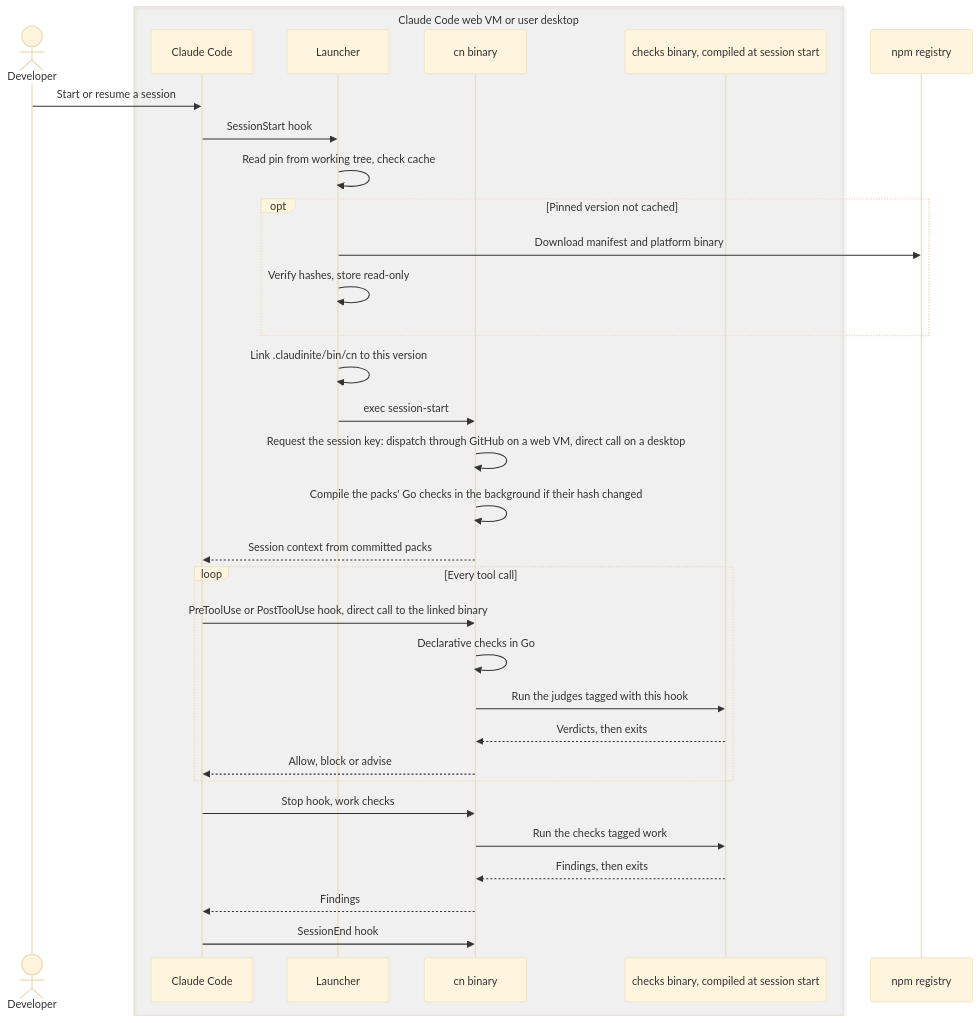
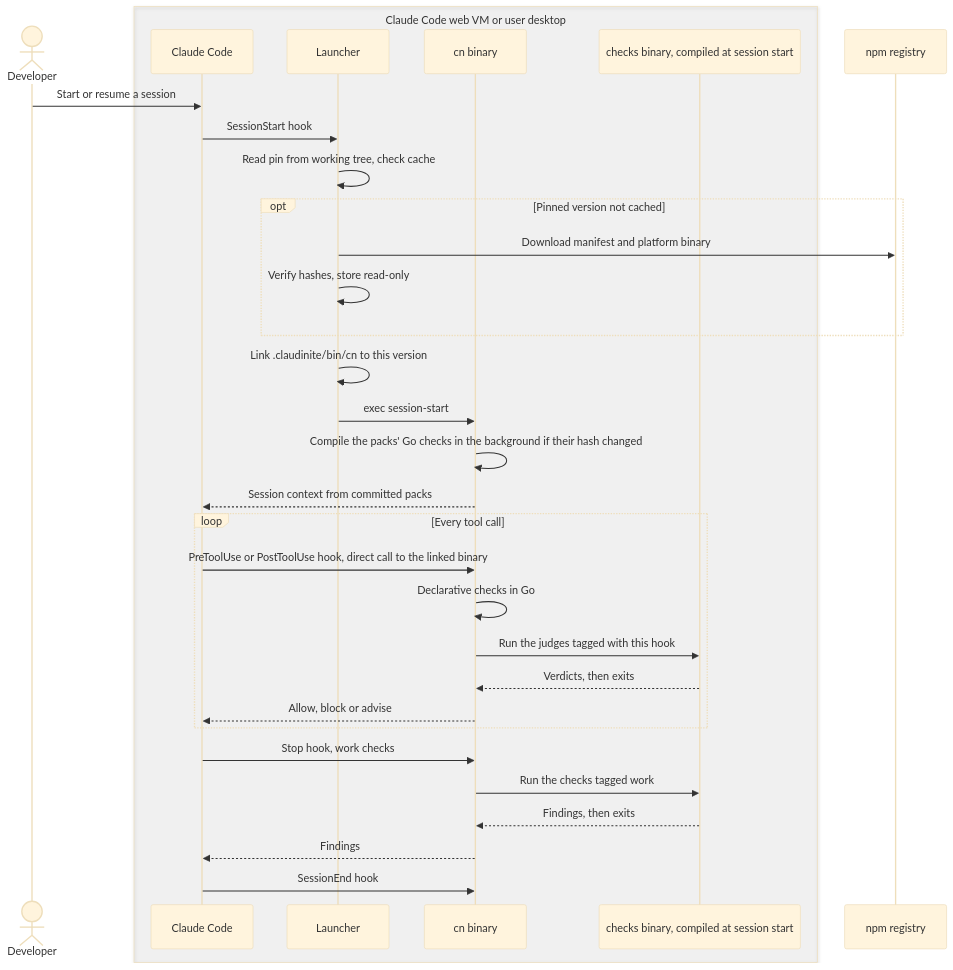
The third of 8 diagrams in docs/design.md (missingbulb/ClaudiniteEngine), drawn with Mermaid (base theme) before and after one commit. The commit also changed other lines of this file and 145 other files, not shown here.

````diff
--- a/docs/design.md
+++ b/docs/design.md
@@ -321,35 +312,34 @@
 ```mermaid
 sequenceDiagram
   actor Dev as Developer
   box rgba(128,128,128,0.08) Claude Code web VM or user desktop
     participant CC as Claude Code
     participant L as Launcher
     participant B as cn binary
     participant N as checks binary, compiled at session start
   end
   participant NPM as npm registry
   Dev->>CC: Start or resume a session
   CC->>L: SessionStart hook
   L->>L: Read pin from working tree, check cache
   opt Pinned version not cached
     L->>NPM: Download manifest and platform binary
     L->>L: Verify hashes, store read-only
   end
   L->>L: Link .claudinite/bin/cn to this version
   L->>B: exec session-start
-  B->>B: Request the session key: dispatch through GitHub on a web VM, direct call on a desktop
   B->>B: Compile the packs' Go checks in the background if their hash changed
   B-->>CC: Session context from committed packs
   loop Every tool call
     CC->>B: PreToolUse or PostToolUse hook, direct call to the linked binary
     B->>B: Declarative checks in Go
     B->>N: Run the judges tagged with this hook
     N-->>B: Verdicts, then exits
     B-->>CC: Allow, block or advise
   end
   CC->>B: Stop hook, work checks
   B->>N: Run the checks tagged work
   N-->>B: Findings, then exits
   B-->>CC: Findings
   CC->>B: SessionEnd hook
 ```
````
